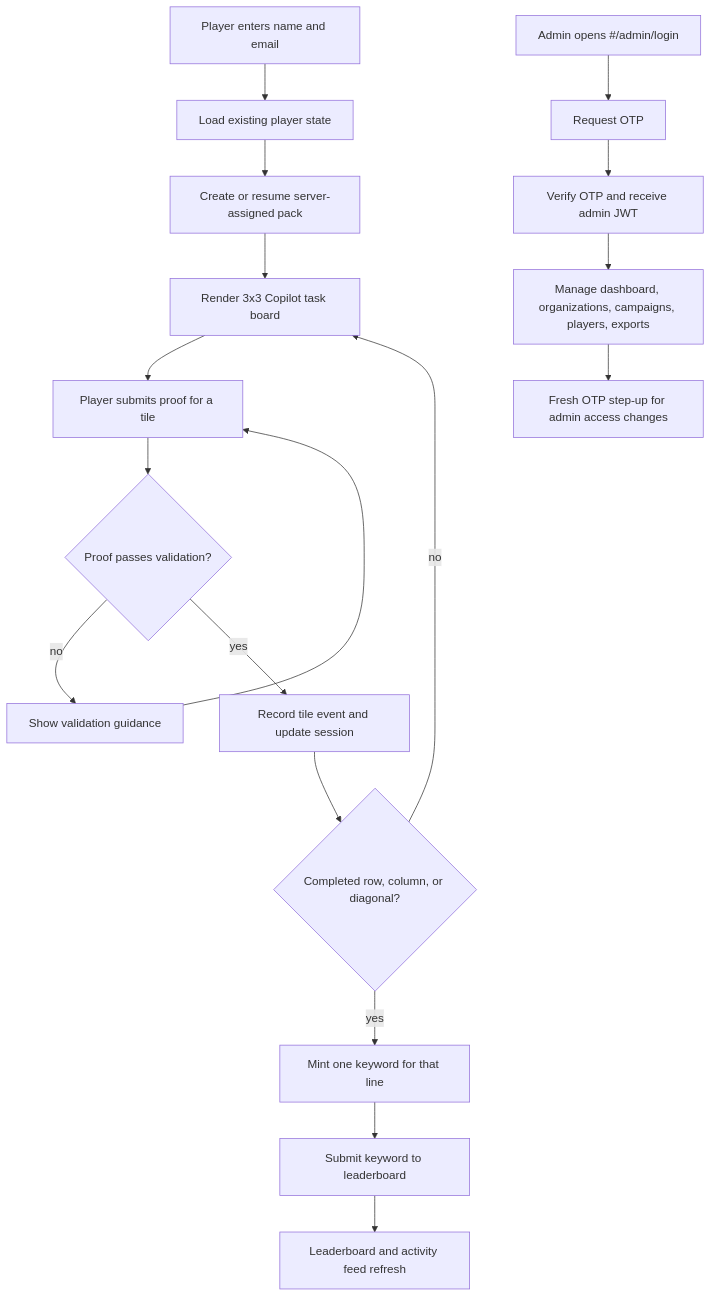
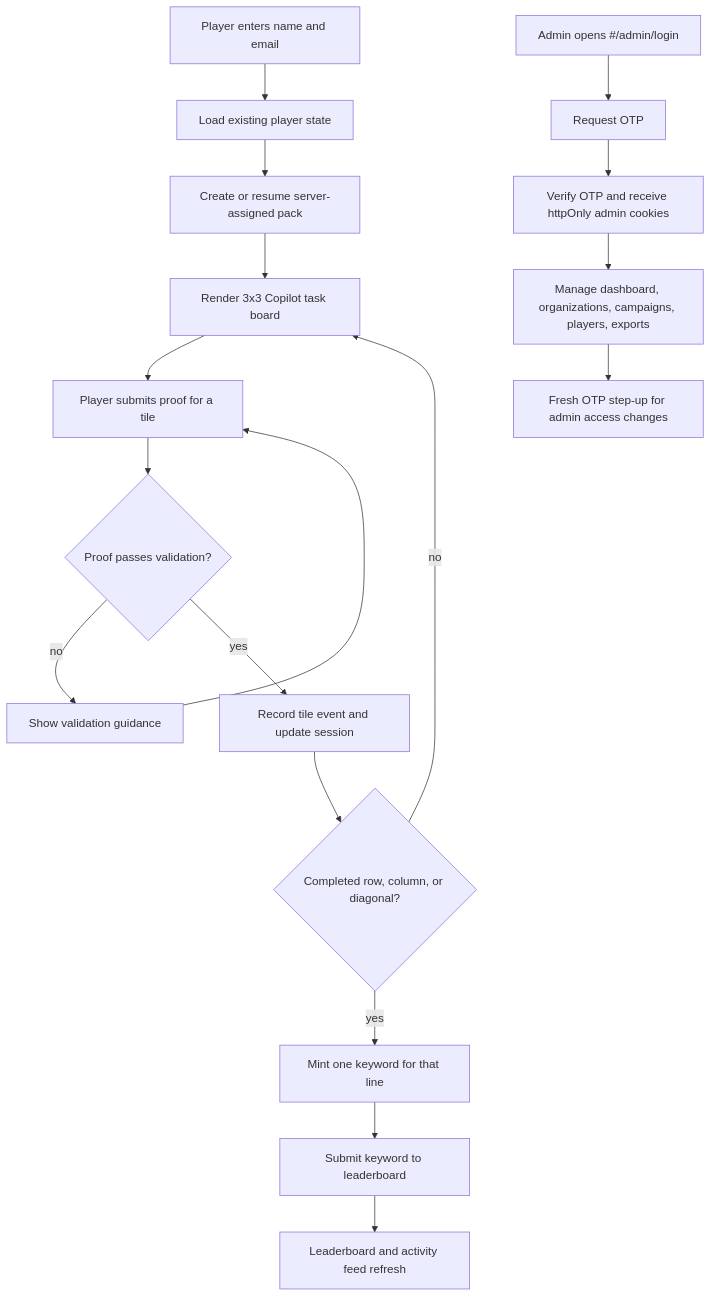
Before and after one commit to microsoft-sgp/m365copilot-game: the second of 2 diagrams in README.md, drawn with Mermaid. The commit also changed other lines of this file and 224 other files, not shown here.

First line of the commit message:
Align codebase to target architecture

````diff
--- a/README.md
+++ b/README.md
@@ -59,21 +62,21 @@
 ```mermaid
 flowchart TD
    start[Player enters name and email] --> hydrate[Load existing player state]
    hydrate --> assign[Create or resume server-assigned pack]
    assign --> board[Render 3x3 Copilot task board]
    board --> proof[Player submits proof for a tile]
    proof --> verify{Proof passes validation?}
    verify -- no --> retry[Show validation guidance]
    retry --> proof
    verify -- yes --> event[Record tile event and update session]
    event --> line{Completed row, column, or diagonal?}
    line -- no --> board
    line -- yes --> keyword[Mint one keyword for that line]
    keyword --> submit[Submit keyword to leaderboard]
    submit --> activity[Leaderboard and activity feed refresh]
 
    adminLogin[Admin opens #/admin/login] --> otp[Request OTP]
-   otp --> session[Verify OTP and receive admin JWT]
+  otp --> session[Verify OTP and receive httpOnly admin cookies]
    session --> portal[Manage dashboard, organizations, campaigns, players, exports]
    portal --> stepup[Fresh OTP step-up for admin access changes]
 ```
````
